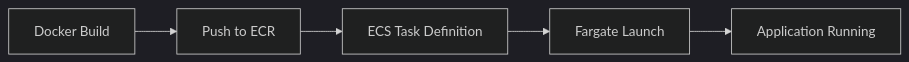
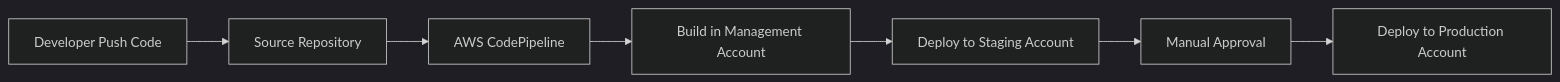
One commit to AniketFirke/-CI-CD-Projects changed the sixth of 9 diagrams in README.md. Above: the diagram before and after it, drawn with Mermaid (dark theme). The commit also changed other lines of this file, not shown here.

````diff
--- a/README.md
+++ b/README.md
@@ -140,7 +144,10 @@
 ```mermaid
 flowchart LR
-    A[Docker Build] --> B[Push to ECR]
-    B --> C[ECS Task Definition]
-    C --> D[Fargate Launch]
-    D --> E[Application Running]
+    A[Developer Push Code] --> B[Source Repository]
+    B --> C[AWS CodePipeline]
+    C --> D[Build in Management Account]
+    D --> E[Deploy to Staging Account]
+    E --> F[Manual Approval]
+    F --> G[Deploy to Production Account]
+
 ```
````
